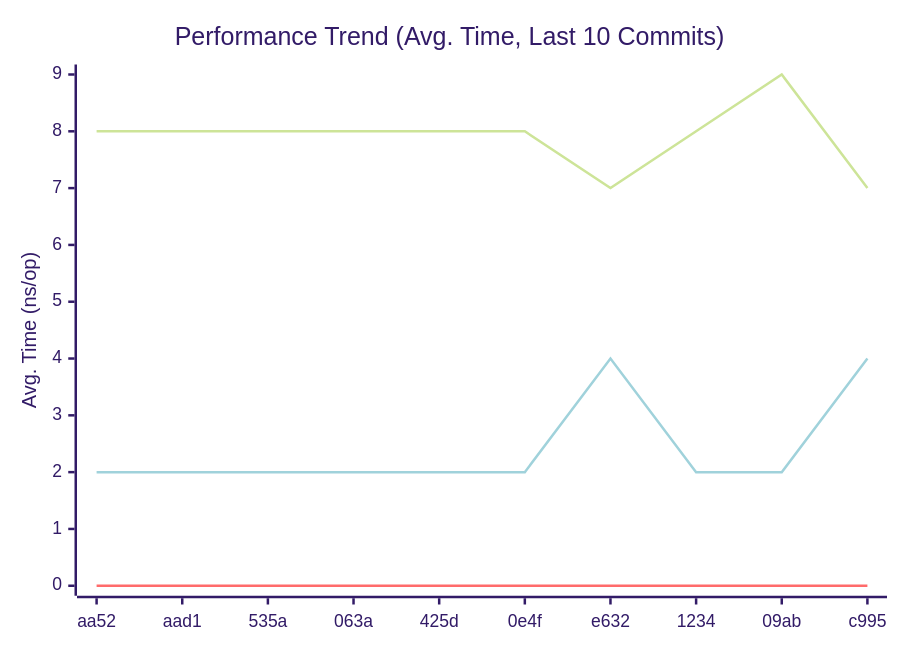
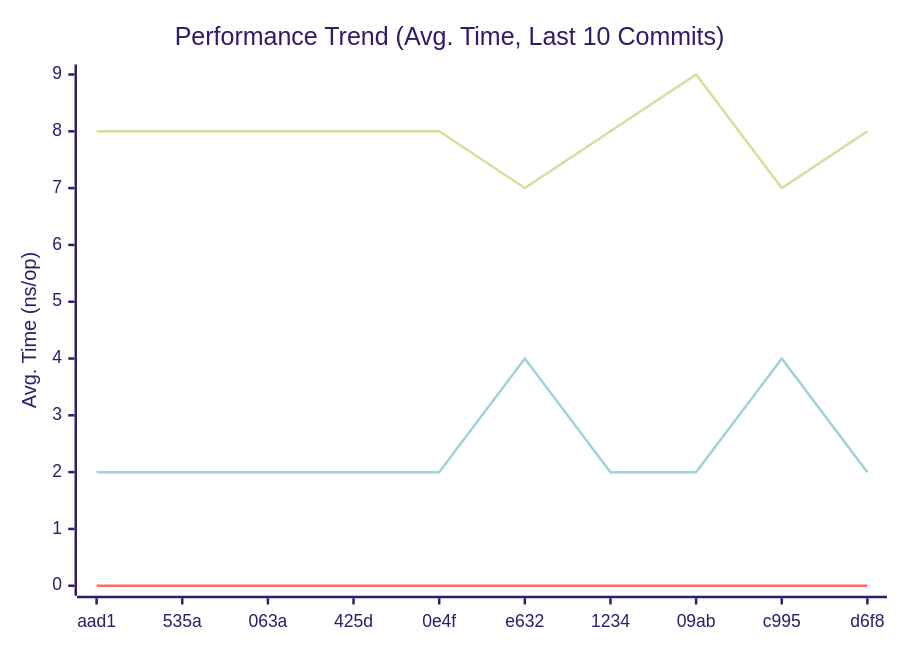
Before and after one commit to alsotoes/momo: the first of 3 diagrams in doc/README.md, drawn with Mermaid (forest theme). The commit also changed other lines of this file and 1 other file, not shown here.

````diff
--- a/doc/README.md
+++ b/doc/README.md
@@ -290,10 +290,10 @@
 ```mermaid
 xychart-beta
     title "Performance Trend (Avg. Time, Last 10 Commits)"
     x-axis "Commit"
     y-axis "Avg. Time (ns/op)"
-    x-axis [aa52,aad1,535a,063a,425d,0e4f,e632,1234,09ab,c995]
-    line "CheckMetricsAndSwap" [8,8,8,8,8,8,7,8,9,7]
+    x-axis [aad1,535a,063a,425d,0e4f,e632,1234,09ab,c995,d6f8]
+    line "CheckMetricsAndSwap" [8,8,8,8,8,7,8,9,7,8]
     line "IndexDirectTracking" [0,0,0,0,0,0,0,0,0,0]
-    line "IndexSearch" [2,2,2,2,2,2,4,2,2,4]
+    line "IndexSearch" [2,2,2,2,2,4,2,2,4,2]
 ```
````
